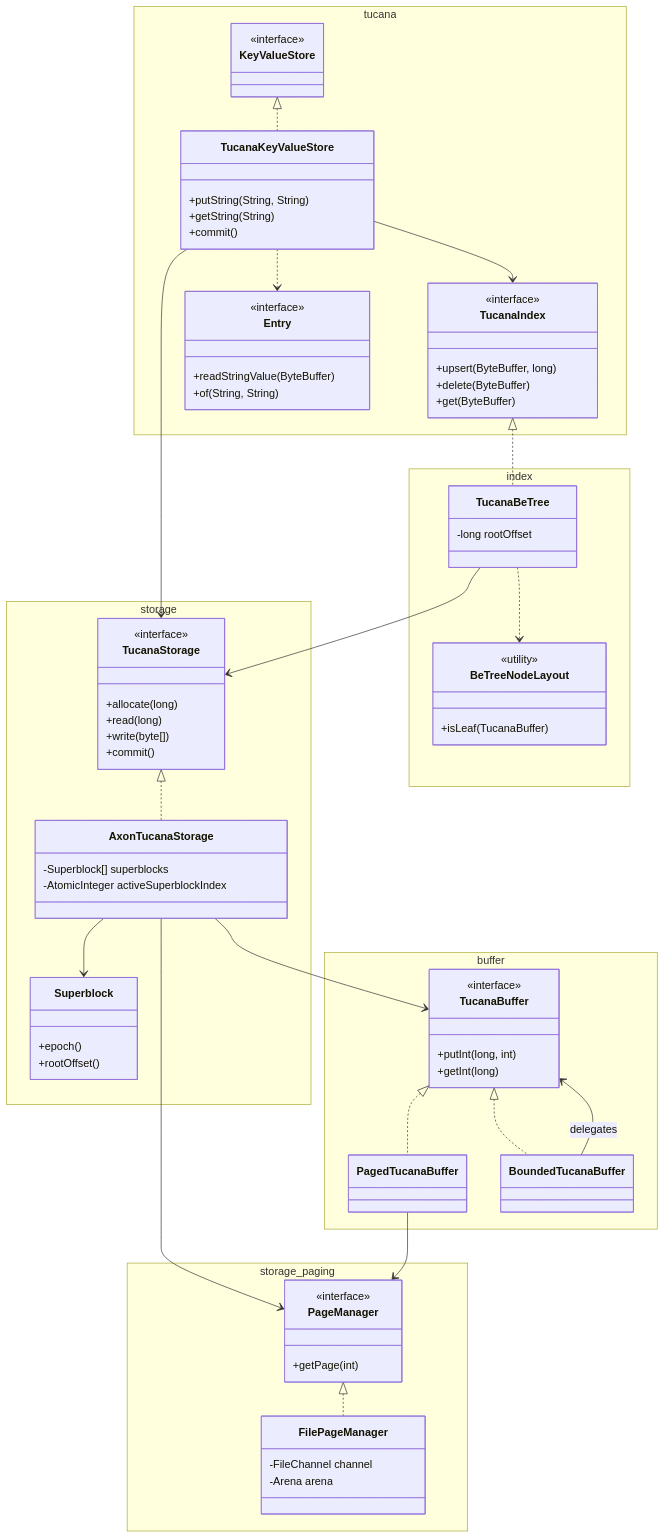
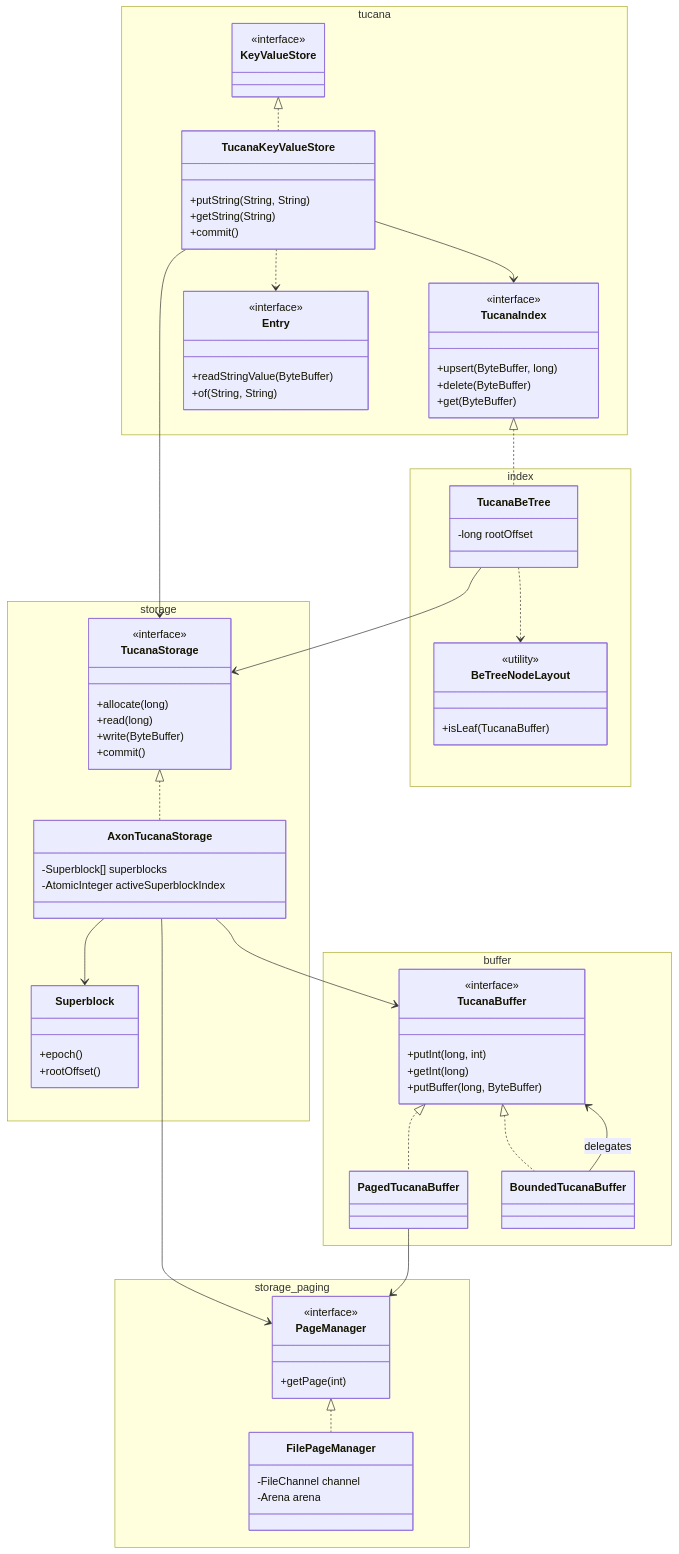
The first of 3 diagrams in vulcanodb-core/src/main/java/es/nachobrito/vulcanodb/core/store/axon/kvstore/tucana/README.md (NachoBrito/vulcano), drawn with Mermaid before and after one commit. The commit also changed other lines of this file and 8 other files, not shown here.

Commit message:
fix: use ByteBuffer instead of byte[]

```diff
--- a/vulcanodb-core/src/main/java/es/nachobrito/vulcanodb/core/store/axon/kvstore/tucana/README.md
+++ b/vulcanodb-core/src/main/java/es/nachobrito/vulcanodb/core/store/axon/kvstore/tucana/README.md
@@ -60,7 +60,7 @@
             <<interface>>
             +allocate(long)
             +read(long)
-            +write(byte[])
+            +write(ByteBuffer)
             +commit()
         }
         class AxonTucanaStorage {
@@ -89,6 +89,7 @@
             <<interface>>
             +putInt(long, int)
             +getInt(long)
+            +putBuffer(long, ByteBuffer)
         }
         class PagedTucanaBuffer
         class BoundedTucanaBuffer
```
